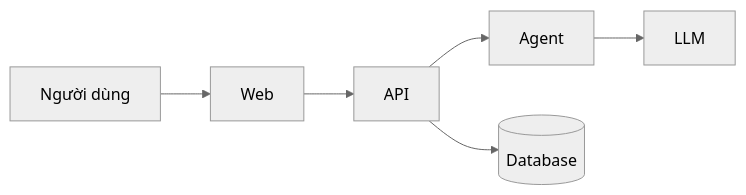
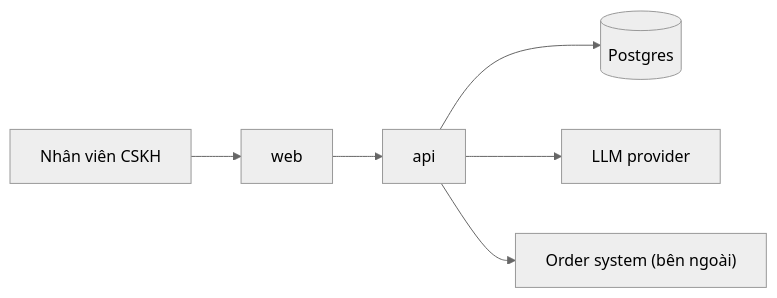
The diagram in ARCHITECTURE.md (pbaodev/ai-team-playbook), drawn with Mermaid (neutral theme) before and after one commit. The commit also changed other lines of this file and 48 other files, not shown here.

````diff
--- a/ARCHITECTURE.md
+++ b/ARCHITECTURE.md
@@ -11,8 +20,7 @@
 ```mermaid
 flowchart LR
-  user["Người dùng"] --> web["Web"]
-  web --> api["API"]
-  api --> agent["Agent"]
-  agent --> llm["LLM"]
-  api --> db[("Database")]
+  user["Nhân viên CSKH"] --> web["web"] --> api["api"]
+  api --> db[("Postgres")]
+  api --> llm["LLM provider"]
+  api --> orders["Order system (bên ngoài)"]
 ```
````
